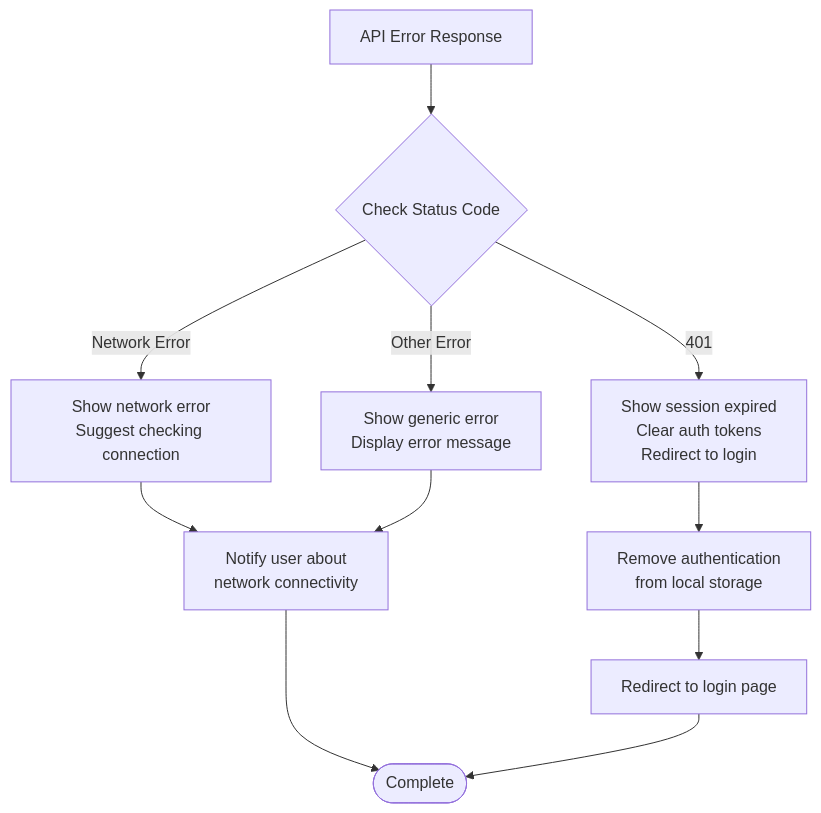
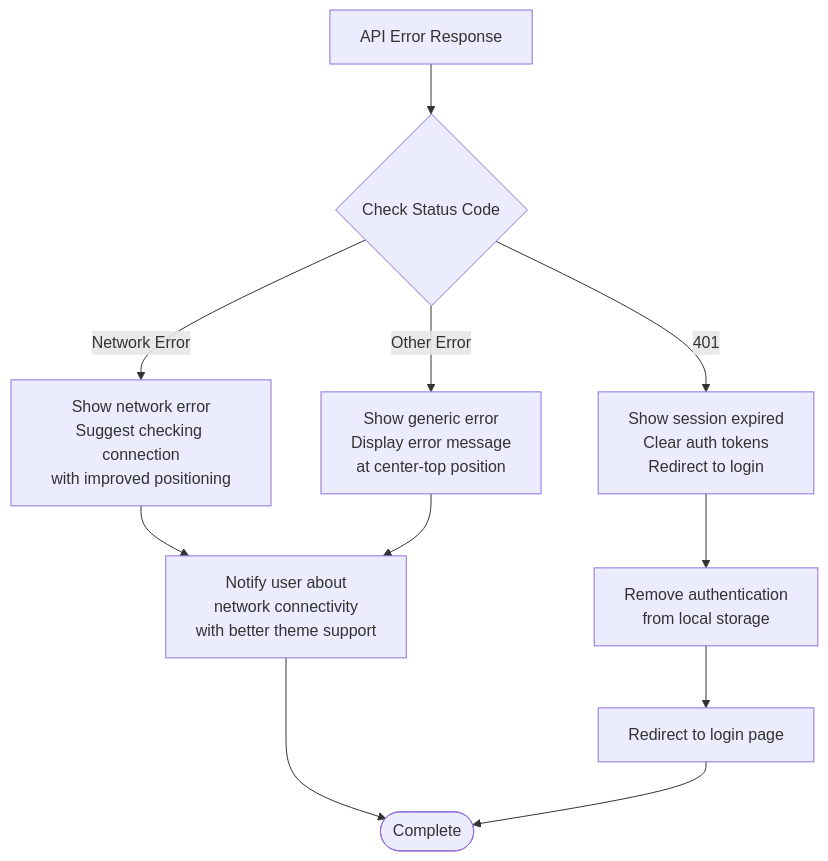
The seventh of 7 diagrams in .qoder/repowiki/en/content/Frontend Architecture/Toast Notification System.md (Aryan9060/Timetable-Project), drawn with Mermaid before and after one commit. The commit also changed other lines of this file and 48 other files, not shown here.

````diff
--- a/.qoder/repowiki/en/content/Frontend Architecture/Toast Notification System.md
+++ b/.qoder/repowiki/en/content/Frontend Architecture/Toast Notification System.md
@@ -275,13 +282,13 @@
 ```mermaid
 flowchart TD
 APIError[API Error Response] --> CheckStatus{Check Status Code}
 CheckStatus --> |401| SessionExpired["Show session expired<br/>Clear auth tokens<br/>Redirect to login"]
-CheckStatus --> |Network Error| NetworkError["Show network error<br/>Suggest checking connection"]
-CheckStatus --> |Other Error| GenericError["Show generic error<br/>Display error message"]
+CheckStatus --> |Network Error| NetworkError["Show network error<br/>Suggest checking connection<br/>with improved positioning"]
+CheckStatus --> |Other Error| GenericError["Show generic error<br/>Display error message<br/>at center-top position"]
 SessionExpired --> AuthCleanup["Remove authentication<br/>from local storage"]
-NetworkError --> UserFeedback["Notify user about<br/>network connectivity"]
+NetworkError --> UserFeedback["Notify user about<br/>network connectivity<br/>with better theme support"]
 GenericError --> UserFeedback
 AuthCleanup --> Redirect["Redirect to login page"]
 UserFeedback --> End([Complete])
 Redirect --> End
 ```
````
